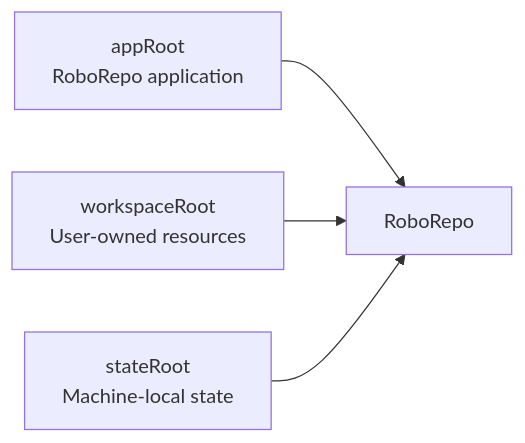
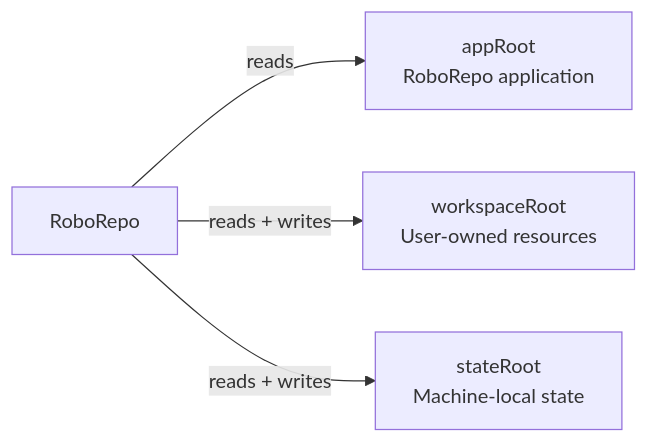
The sixth of 6 diagrams in README.md (kirinmurphy/roborepo), drawn with Mermaid before and after one commit. The commit also changed other lines of this file and 35 other files, not shown here.

````diff
--- a/README.md
+++ b/README.md
@@ -283,10 +252,10 @@
 ```mermaid
 flowchart LR
   App["appRoot<br/>RoboRepo application"]
   Workspace["workspaceRoot<br/>User-owned resources"]
   State["stateRoot<br/>Machine-local state"]
 
-  App --> Runtime["RoboRepo"]
-  Workspace --> Runtime
-  State --> Runtime
+  Runtime["RoboRepo"] -->|reads| App
+  Runtime -->|reads + writes| Workspace
+  Runtime -->|reads + writes| State
 ```
````
